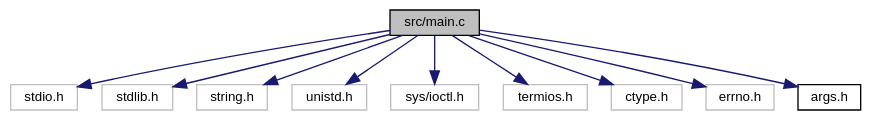
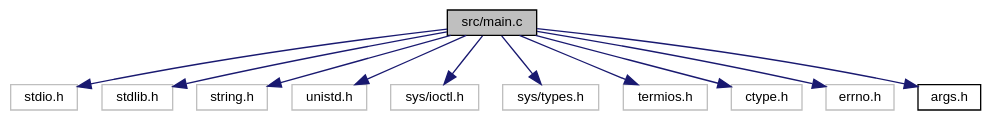
Before and after one commit to LeonelMatos/Noodle-Text: the diagram in docs/main_8c__incl.dot, drawn with Graphviz. The commit also changed 80 other files, not shown here.

```diff
--- a/docs/main_8c__incl.dot
+++ b/docs/main_8c__incl.dot
@@ -1,27 +1,29 @@
 digraph "src/main.c"
 {
  // INTERACTIVE_SVG=YES
  // LATEX_PDF_SIZE
   bgcolor="transparent";
   edge [fontname="Helvetica",fontsize="10",labelfontname="Helvetica",labelfontsize="10"];
   node [fontname="Helvetica",fontsize="10",shape=record];
   Node1 [label="src/main.c",height=0.2,width=0.4,color="black", fillcolor="grey75", style="filled", fontcolor="black",tooltip=" "];
   Node1 -> Node2 [color="midnightblue",fontsize="10",style="solid",fontname="Helvetica"];
   Node2 [label="stdio.h",height=0.2,width=0.4,color="grey75",tooltip=" "];
   Node1 -> Node3 [color="midnightblue",fontsize="10",style="solid",fontname="Helvetica"];
   Node3 [label="stdlib.h",height=0.2,width=0.4,color="grey75",tooltip=" "];
   Node1 -> Node4 [color="midnightblue",fontsize="10",style="solid",fontname="Helvetica"];
   Node4 [label="string.h",height=0.2,width=0.4,color="grey75",tooltip=" "];
   Node1 -> Node5 [color="midnightblue",fontsize="10",style="solid",fontname="Helvetica"];
   Node5 [label="unistd.h",height=0.2,width=0.4,color="grey75",tooltip=" "];
   Node1 -> Node6 [color="midnightblue",fontsize="10",style="solid",fontname="Helvetica"];
   Node6 [label="sys/ioctl.h",height=0.2,width=0.4,color="grey75",tooltip=" "];
   Node1 -> Node7 [color="midnightblue",fontsize="10",style="solid",fontname="Helvetica"];
-  Node7 [label="termios.h",height=0.2,width=0.4,color="grey75",tooltip=" "];
+  Node7 [label="sys/types.h",height=0.2,width=0.4,color="grey75",tooltip=" "];
   Node1 -> Node8 [color="midnightblue",fontsize="10",style="solid",fontname="Helvetica"];
-  Node8 [label="ctype.h",height=0.2,width=0.4,color="grey75",tooltip=" "];
+  Node8 [label="termios.h",height=0.2,width=0.4,color="grey75",tooltip=" "];
   Node1 -> Node9 [color="midnightblue",fontsize="10",style="solid",fontname="Helvetica"];
-  Node9 [label="errno.h",height=0.2,width=0.4,color="grey75",tooltip=" "];
+  Node9 [label="ctype.h",height=0.2,width=0.4,color="grey75",tooltip=" "];
   Node1 -> Node10 [color="midnightblue",fontsize="10",style="solid",fontname="Helvetica"];
-  Node10 [label="args.h",height=0.2,width=0.4,color="black",URL="$args_8h.html",tooltip=" "];
+  Node10 [label="errno.h",height=0.2,width=0.4,color="grey75",tooltip=" "];
+  Node1 -> Node11 [color="midnightblue",fontsize="10",style="solid",fontname="Helvetica"];
+  Node11 [label="args.h",height=0.2,width=0.4,color="black",URL="$args_8h.html",tooltip=" "];
 }
```
